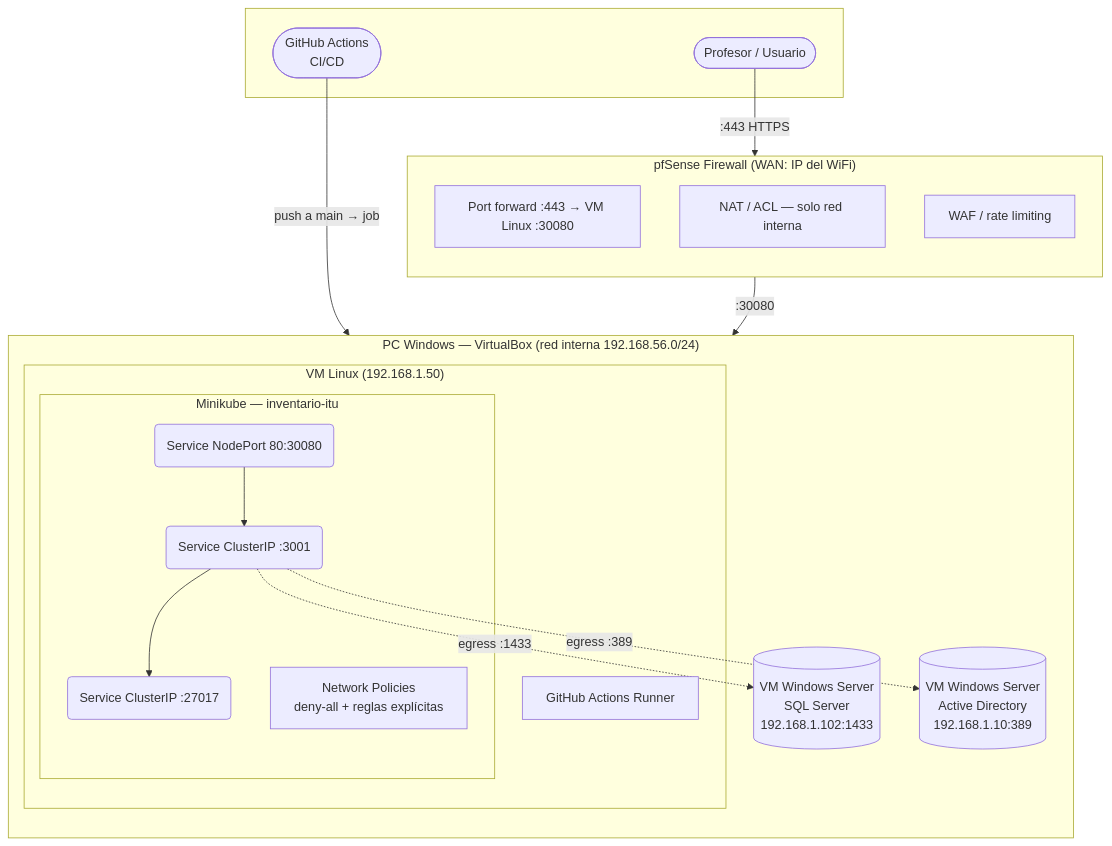
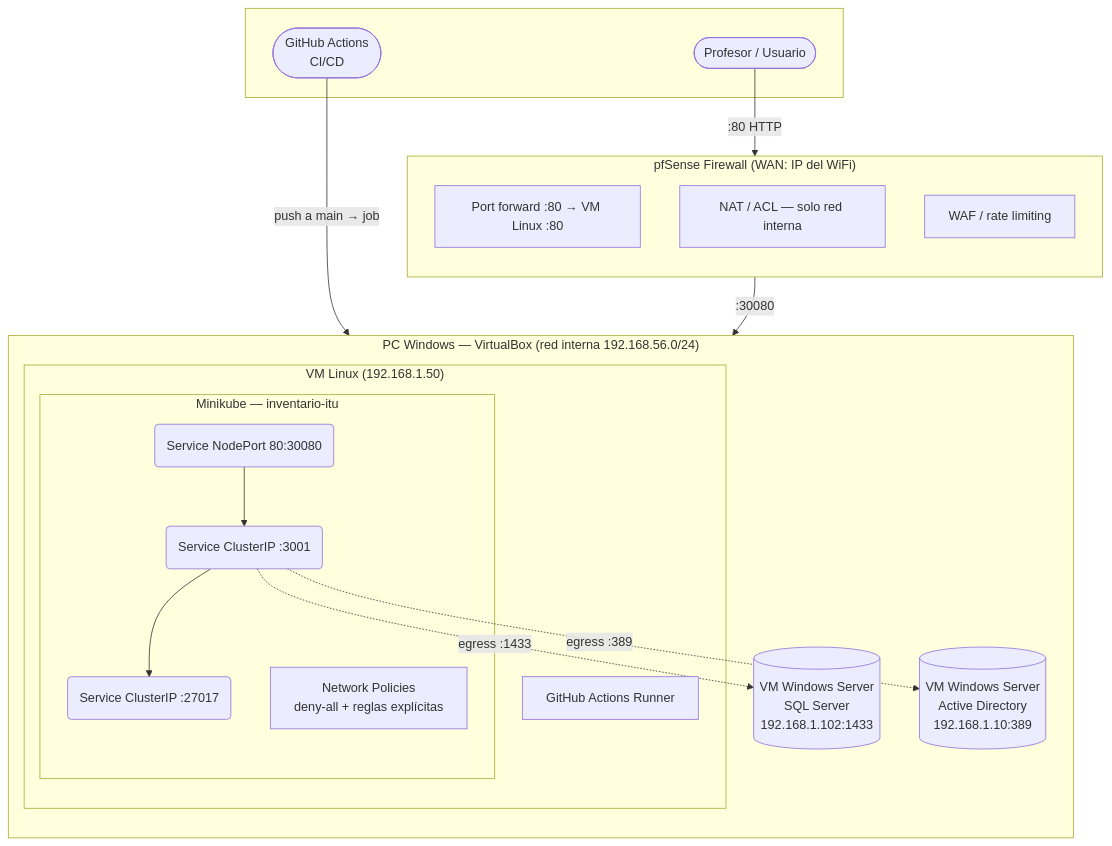
Before and after one commit to CesarMarinMorla/egi: the diagram in docs/despliegue/produccion.md, drawn with Mermaid.

Commit message:
fix(docs): corregir puerto en diagrama de 443 https a 80 http

````diff
--- a/docs/despliegue/produccion.md
+++ b/docs/despliegue/produccion.md
@@ -7,39 +7,39 @@
 ```mermaid
 flowchart TB
     subgraph External[" "]
         User(["Profesor / Usuario"])
         GH(["GitHub Actions\nCI/CD"])
     end
 
     subgraph FW["pfSense Firewall (WAN: IP del WiFi)"]
         direction TB
-        TLS["Port forward :443 → VM Linux :30080"]
+        TLS["Port forward :80 → VM Linux :80"]
         NAT["NAT / ACL — solo red interna"]
         WAF["WAF / rate limiting"]
     end
 
     subgraph VBox["PC Windows — VirtualBox (red interna 192.168.56.0/24)"]
         direction TB
 
         subgraph Linux["VM Linux (192.168.1.50)"]
             Runner["GitHub Actions Runner"]
             subgraph Cluster["Minikube — inventario-itu"]
                 WebSvc("Service NodePort 80:30080")
                 BeSvc("Service ClusterIP :3001")
                 MongoSvc("Service ClusterIP :27017")
                 NP["Network Policies\ndeny-all + reglas explícitas"]
             end
         end
 
         SQL[("VM Windows Server\nSQL Server\n192.168.1.102:1433")]
         AD[("VM Windows Server\nActive Directory\n192.168.1.10:389")]
     end
 
-    User -->|":443 HTTPS"| TLS
+    User -->|":80 HTTP"| TLS
     GH -->|"push a main → job"| Runner
     TLS -->|":30080"| WebSvc
     WebSvc --> BeSvc
     BeSvc --> MongoSvc
     BeSvc -.->|"egress :1433"| SQL
     BeSvc -.->|"egress :389"| AD
 ```
````
